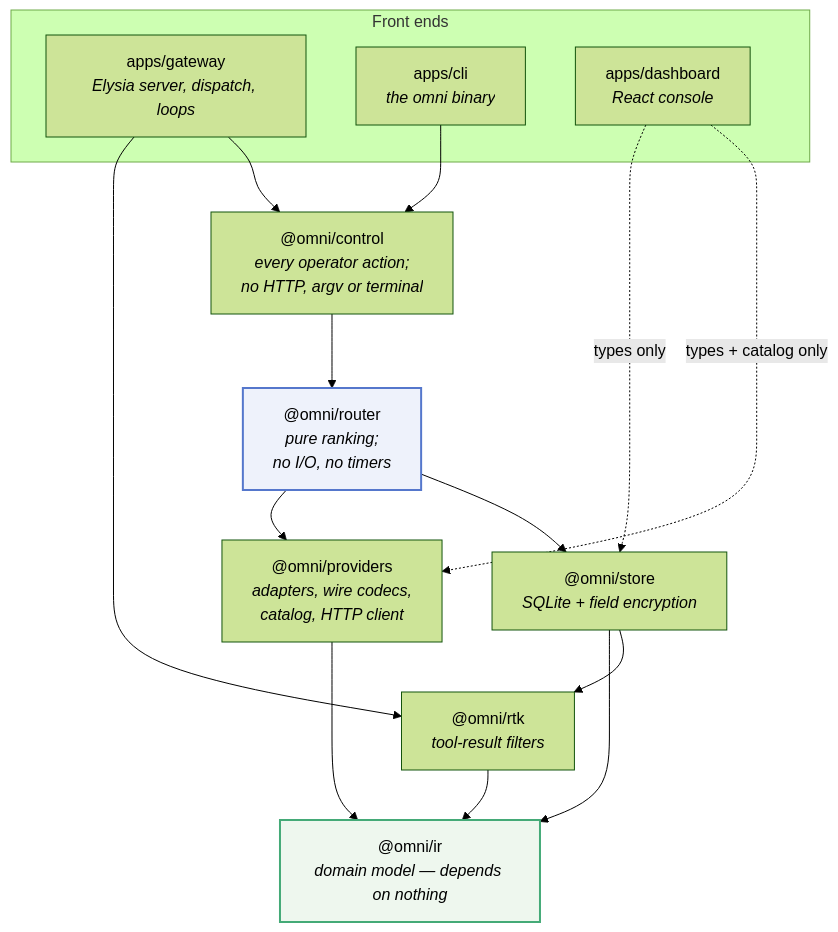
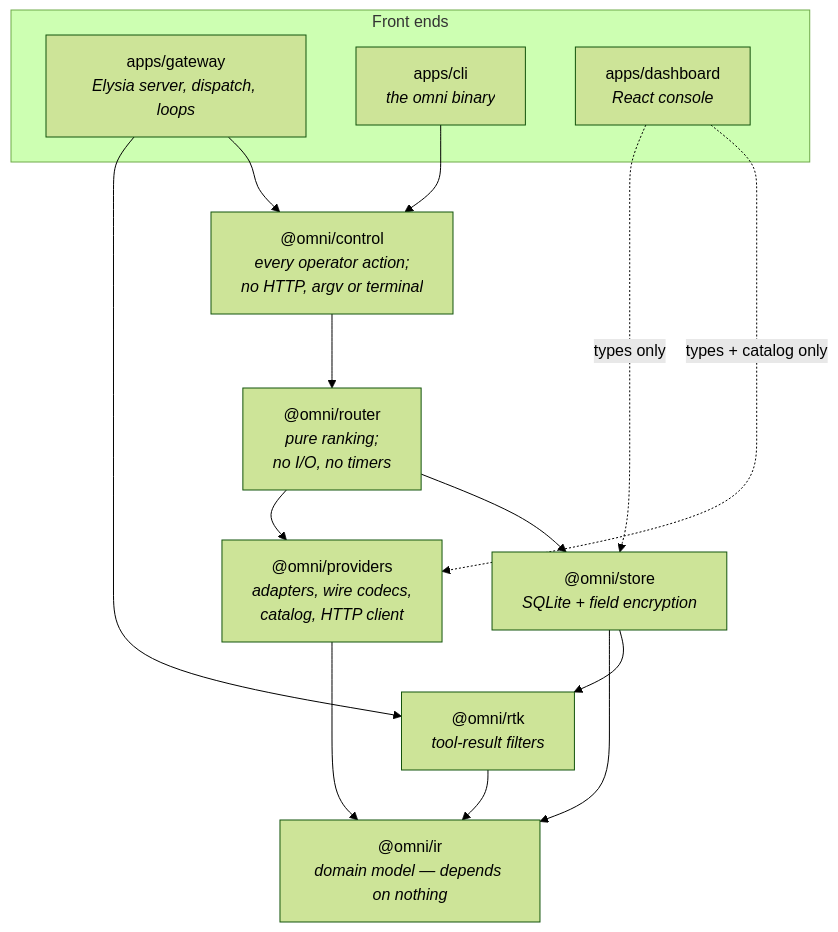
Before and after one commit to harismawan/omnigateway: the diagram in README.md, drawn with Mermaid (forest theme). The commit also changed 1 other file, not shown here.

Commit message:
docs: use a single box colour in all diagrams
The diagrams used five different fill colours across eight blocks —
green for the leaf package, blue for pure layers, orange for the commit
point and encrypted fields, red for exclusions. The palette was
decorative rather than systematic, and it read as though the colours
encoded a taxonomy they did not.

Drops every classDef, so all boxes render in the default fill. Nothing
is lost: the meaning was already carried by labels, shapes, and the lock
emoji on encrypted fields, and no prose referred to a colour.

Also consistent with the repository's own styling rule that colour
should mean provider identity or state, never decoration.

````diff
--- a/README.md
+++ b/README.md
@@ -55,33 +55,28 @@
 ```mermaid
 graph TD
   subgraph frontends[Front ends]
     gateway["apps/gateway<br/><i>Elysia server, dispatch, loops</i>"]
     cli["apps/cli<br/><i>the omni binary</i>"]
     dashboard["apps/dashboard<br/><i>React console</i>"]
   end
 
   control["@omni/control<br/><i>every operator action;<br/>no HTTP, argv or terminal</i>"]
   router["@omni/router<br/><i>pure ranking;<br/>no I/O, no timers</i>"]
   store["@omni/store<br/><i>SQLite + field encryption</i>"]
   providers["@omni/providers<br/><i>adapters, wire codecs,<br/>catalog, HTTP client</i>"]
   rtk["@omni/rtk<br/><i>tool-result filters</i>"]
   ir["@omni/ir<br/><i>domain model — depends on nothing</i>"]
 
   gateway --> control
   gateway --> rtk
   cli --> control
   dashboard -. "types + catalog only" .-> providers
   dashboard -. "types only" .-> store
   control --> router
   router --> store
   router --> providers
   store --> rtk
   providers --> ir
   rtk --> ir
   store --> ir
-
-  classDef leaf fill:#eef7ee,stroke:#4a7,stroke-width:2px
-  classDef pure fill:#eef2fb,stroke:#5577cc,stroke-width:2px
-  class ir leaf
-  class router pure
 ```
````
